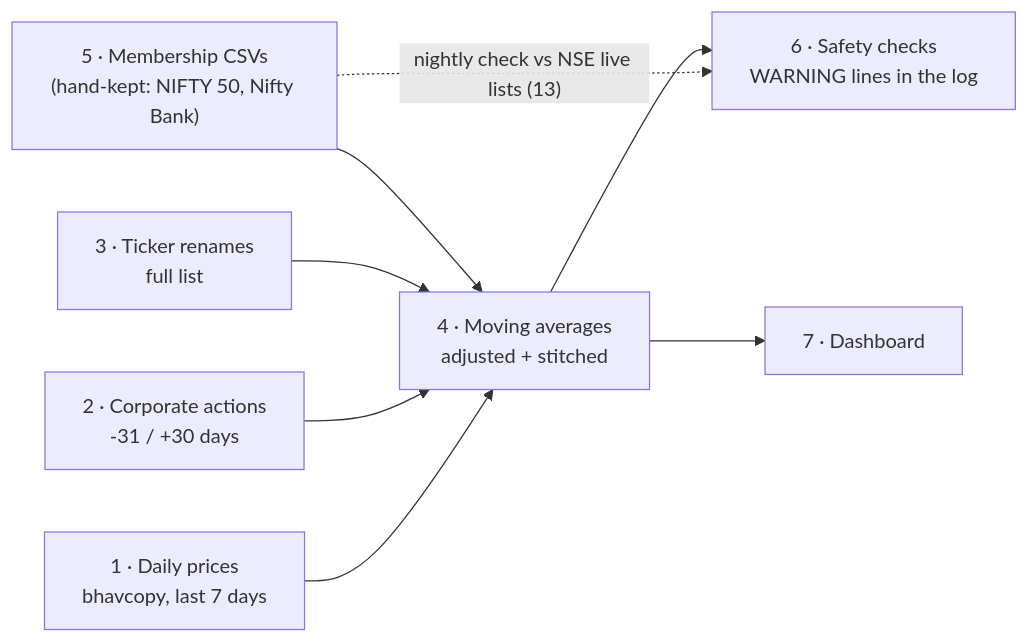
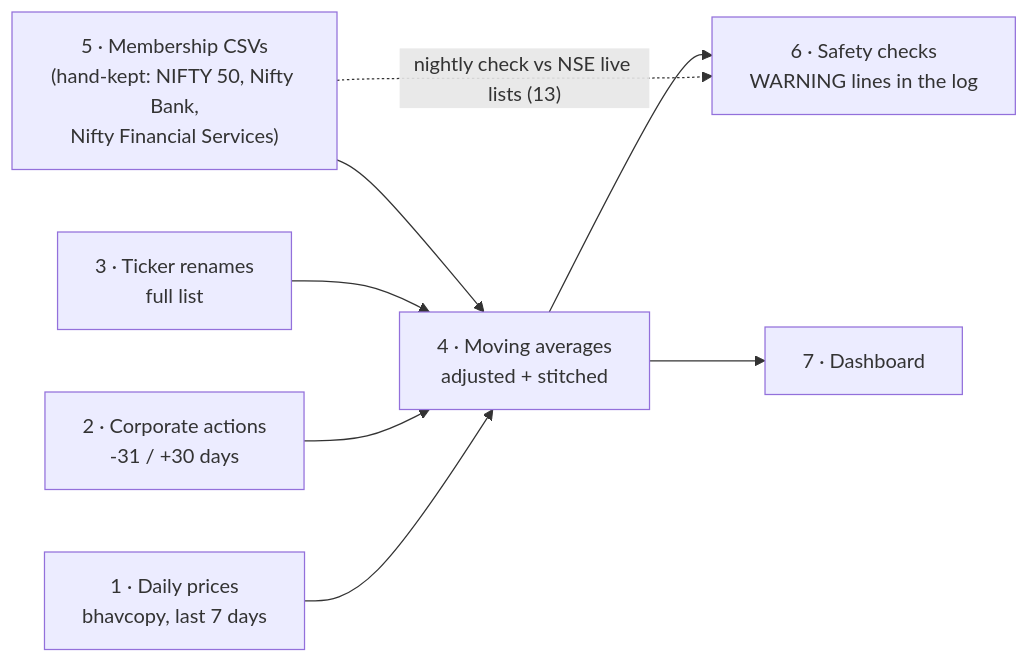
One commit to abhinav2525/TradeSence changed the diagram in docs/pipelines.md. Above: the diagram before and after it, drawn with Mermaid. The commit also changed other lines of this file and 12 other files, not shown here.

First line of the commit message:
Docs for Nifty Financial Services: decision 0037, README, CLAUDE.md, pipelines, folder guides, TODO

````diff
--- a/docs/pipelines.md
+++ b/docs/pipelines.md
@@ -32,10 +32,10 @@
 ```mermaid
 flowchart LR
     A["1 · Daily prices<br/>bhavcopy, last 7 days"] --> D
     B["2 · Corporate actions<br/>-31 / +30 days"] --> D
     C["3 · Ticker renames<br/>full list"] --> D
-    M["5 · Membership CSVs<br/>(hand-kept: NIFTY 50, Nifty Bank)"] --> D
+    M["5 · Membership CSVs<br/>(hand-kept: NIFTY 50, Nifty Bank,<br/>Nifty Financial Services)"] --> D
     M -. "nightly check vs NSE live lists (13)" .-> W
     D["4 · Moving averages<br/>adjusted + stitched"] --> W["6 · Safety checks<br/>WARNING lines in the log"]
     D --> P["7 · Dashboard"]
 ```
````
